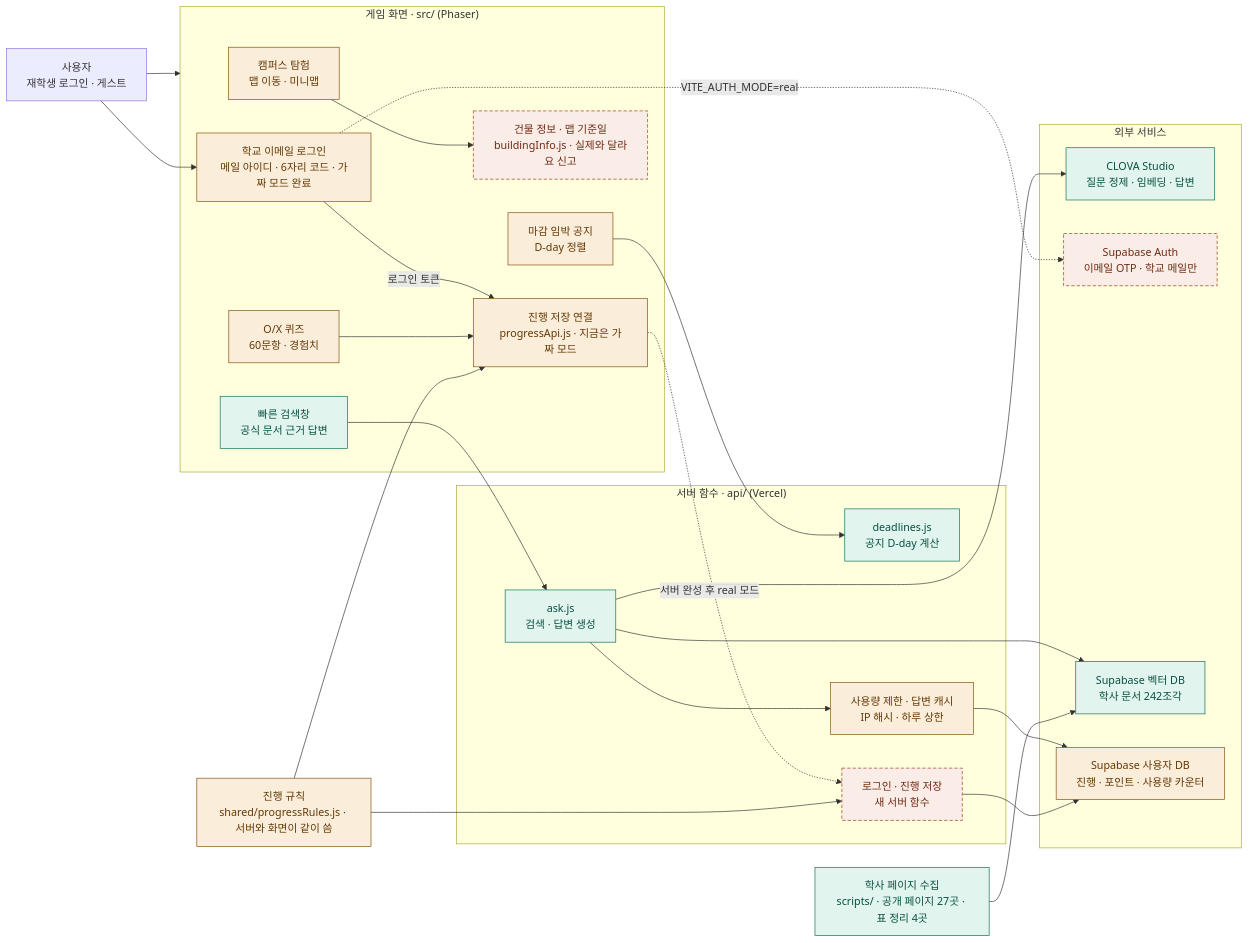
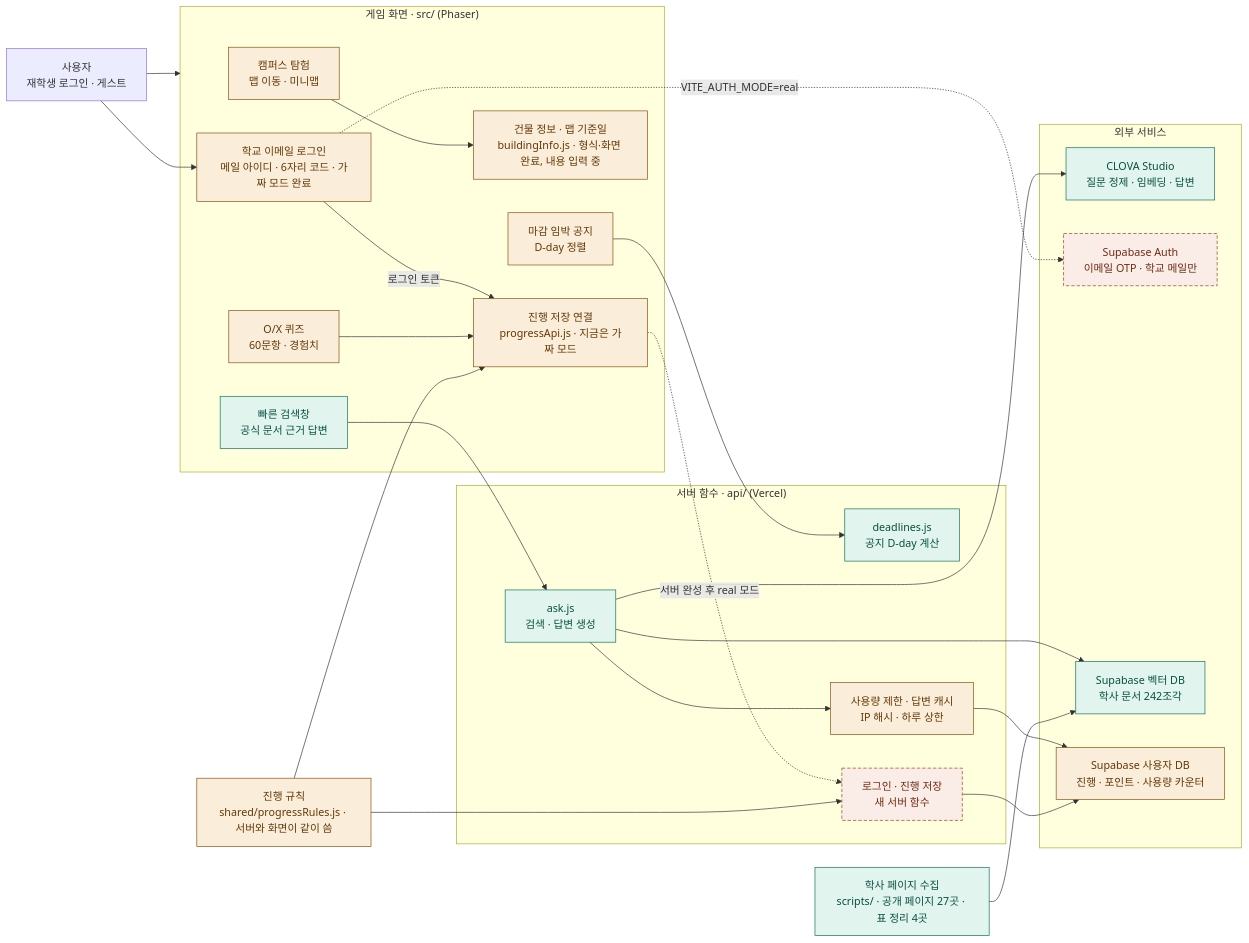
The diagram in docs/ARCHITECTURE.md (202502859-source/hufs-quest), drawn with Mermaid before and after one commit. The commit also changed other lines of this file and 2 other files, not shown here.

Commit message:
docs: 건물 정보 분리·맵 기준일 반영, 계정 주인 표 채움
- ROADMAP: 건물 정보 분리·맵 기준일 체크, 맵 현행화 🟨, 계정 주인 표·사전 사용자(학과 동기) 결정
- ARCHITECTURE: 건물 정보 상자를 일부 구현으로, 파일 표 갱신
- OPERATIONS 1장: Vercel·Supabase·NCP 메인·SMTP 계정 주인 = 이종헌

Claude-Session: https://claude.ai/code/session_019sFcfVBYkgcpZ8RWVBAUNJ

````diff
--- a/docs/ARCHITECTURE.md
+++ b/docs/ARCHITECTURE.md
@@ -8,58 +8,58 @@
 ```mermaid
 flowchart LR
     user["사용자<br/>재학생 로그인 · 게스트"]
 
     subgraph game["게임 화면 · src/ (Phaser)"]
         explore["캠퍼스 탐험<br/>맵 이동 · 미니맵"]
         search["빠른 검색창<br/>공식 문서 근거 답변"]
         quiz["O/X 퀴즈<br/>60문항 · 경험치"]
         notice["마감 임박 공지<br/>D-day 정렬"]
-        mapInfo["건물 정보 · 맵 기준일<br/>buildingInfo.js · 실제와 달라요 신고"]
+        mapInfo["건물 정보 · 맵 기준일<br/>buildingInfo.js · 형식·화면 완료, 내용 입력 중"]
         progress["진행 저장 연결<br/>progressApi.js · 지금은 가짜 모드"]
         login["학교 이메일 로그인<br/>메일 아이디 · 6자리 코드 · 가짜 모드 완료"]
     end
 
     rules["진행 규칙<br/>shared/progressRules.js · 서버와 화면이 같이 씀"]
 
     subgraph server["서버 함수 · api/ (Vercel)"]
         ask["ask.js<br/>검색 · 답변 생성"]
         deadlines["deadlines.js<br/>공지 D-day 계산"]
         newApi["로그인 · 진행 저장<br/>새 서버 함수"]
         limiter["사용량 제한 · 답변 캐시<br/>IP 해시 · 하루 상한"]
     end
 
     subgraph external["외부 서비스"]
         clova["CLOVA Studio<br/>질문 정제 · 임베딩 · 답변"]
         supaAuth["Supabase Auth<br/>이메일 OTP · 학교 메일만"]
         vector["Supabase 벡터 DB<br/>학사 문서 242조각"]
         userDb["Supabase 사용자 DB<br/>진행 · 포인트 · 사용량 카운터"]
     end
 
     collect["학사 페이지 수집<br/>scripts/ · 공개 페이지 27곳 · 표 정리 4곳"]
 
     user --> game
     user --> login
     login -.->|"VITE_AUTH_MODE=real"| supaAuth
     login -->|"로그인 토큰"| progress
     search --> ask
     notice --> deadlines
     quiz --> progress
     progress -.->|"서버 완성 후 real 모드"| newApi
     rules --> progress
     rules --> newApi
     explore --> mapInfo
     ask --> limiter
     limiter --> userDb
     ask --> clova
     ask --> vector
     newApi --> userDb
     collect --> vector
 
     classDef done fill:#E1F5EE,stroke:#0F6E56,color:#085041
     classDef partial fill:#FAEEDA,stroke:#854F0B,color:#633806
     classDef todo fill:#FAECE7,stroke:#993C1D,color:#712B13,stroke-dasharray:5 3
 
     class search,ask,deadlines,clova,vector,collect done
-    class explore,quiz,notice,progress,rules,userDb,login,limiter partial
-    class mapInfo,newApi,supaAuth todo
+    class explore,quiz,notice,progress,rules,userDb,login,limiter,mapInfo partial
+    class newApi,supaAuth todo
 ```
````
